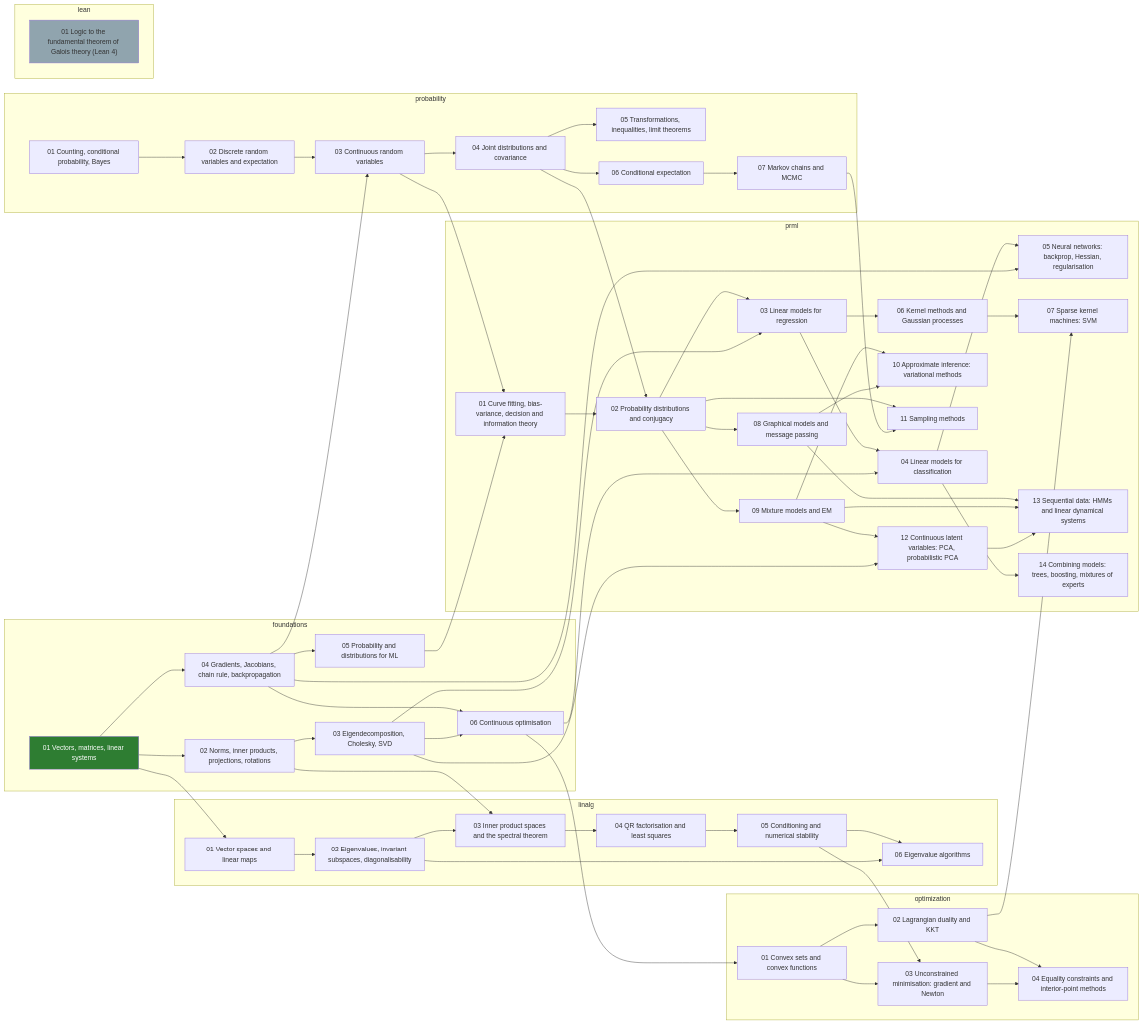
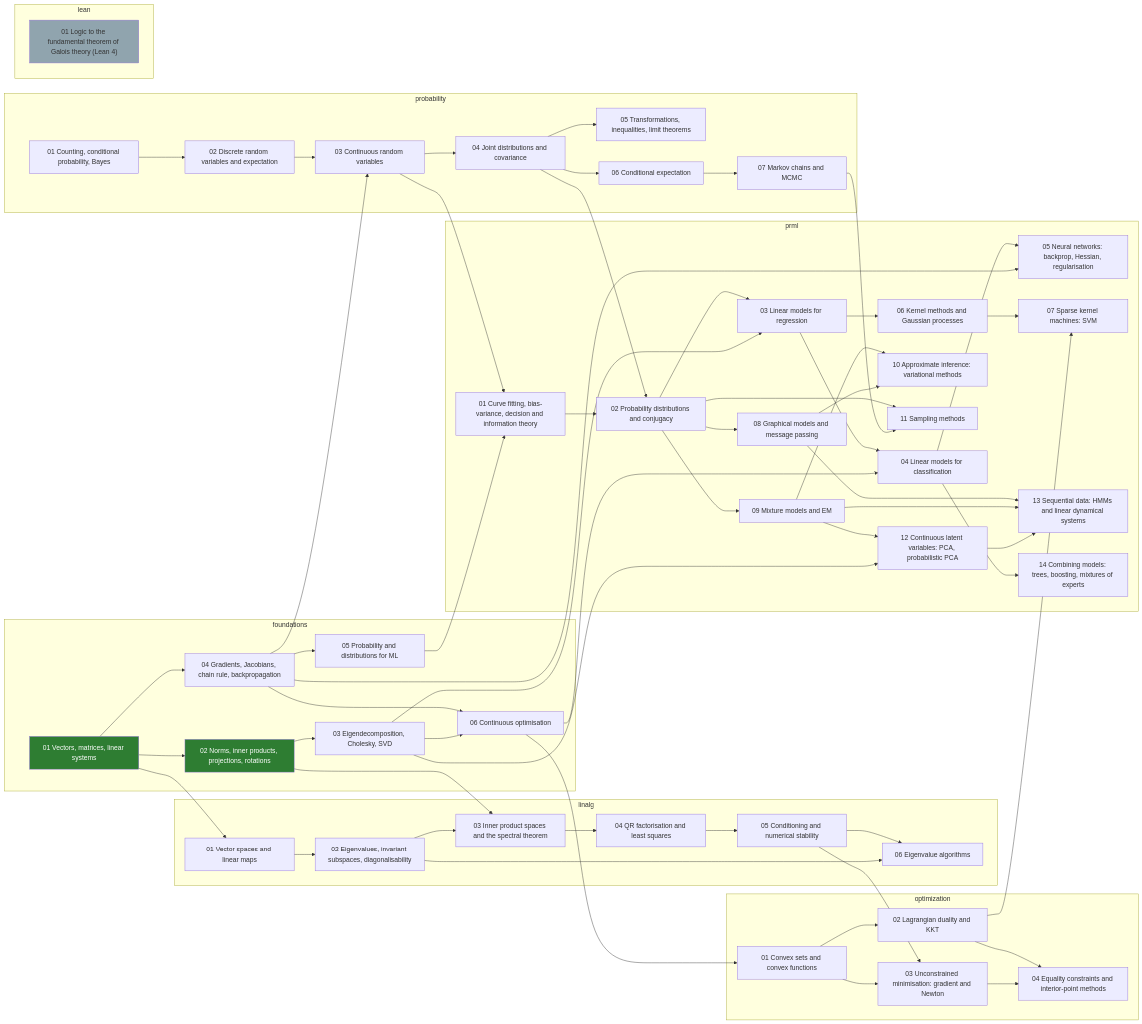
The diagram in skill-tree/README.md (alektebel/learn-stuff-from-scratch), drawn with Mermaid before and after one commit. The commit also changed other lines of this file and 10 other files, not shown here.

First line of the commit message:
math: build foundations-02-analytic-geometry

```diff
--- a/skill-tree/README.md
+++ b/skill-tree/README.md
@@ -66,7 +66,7 @@
 graph LR
   subgraph foundations
     foundations-01-linear-algebra["01 Vectors, matrices, linear systems"]:::done
-    foundations-02-analytic-geometry["02 Norms, inner products, projections, rotations"]
+    foundations-02-analytic-geometry["02 Norms, inner products, projections, rotations"]:::done
     foundations-03-matrix-decompositions["03 Eigendecomposition, Cholesky, SVD"]
     foundations-04-vector-calculus["04 Gradients, Jacobians, chain rule, backpropagation"]
     foundations-05-probability["05 Probability and distributions for ML"]
```
